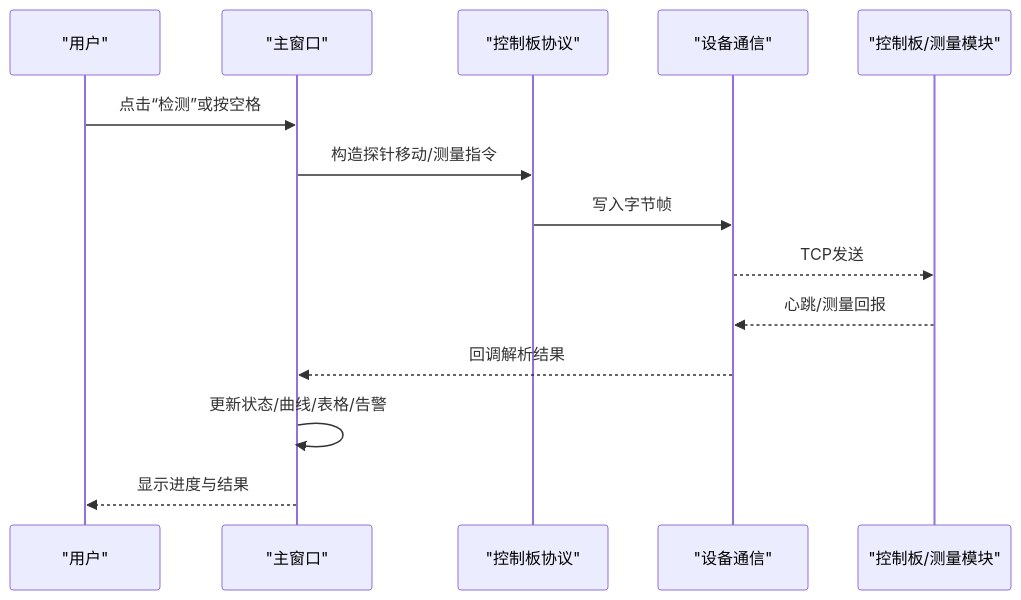
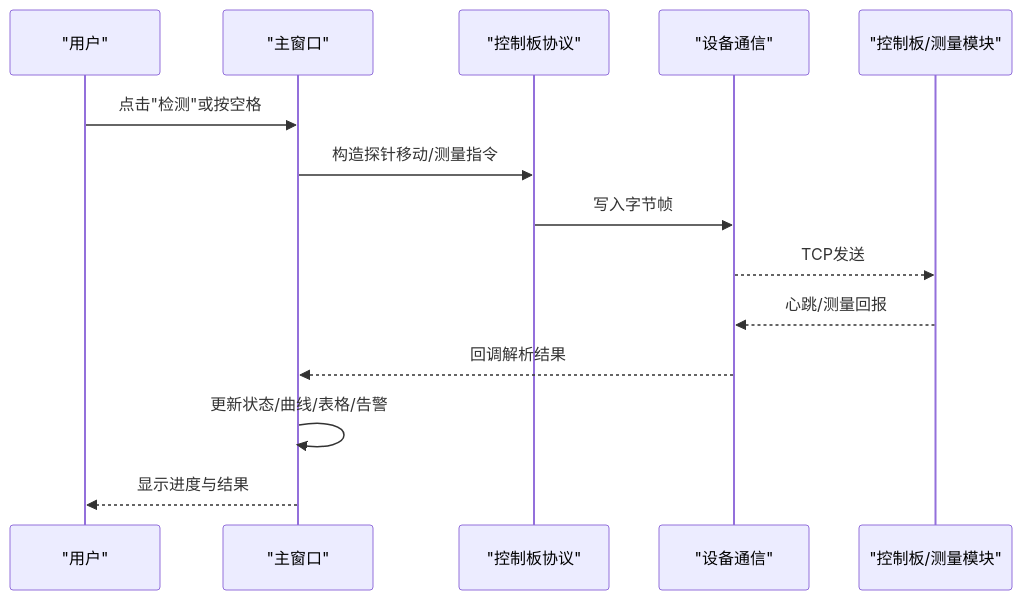
Before and after one commit to yangreest/Zero-value-Insulator-Robot-V2: the second of 4 diagrams in .qoder/repowiki/zh/content/用户手册/检测工作流程/检测工作流程.md, drawn with Mermaid. The commit also changed other lines of this file and 14 other files, not shown here.

````diff
--- a/.qoder/repowiki/zh/content/用户手册/检测工作流程/检测工作流程.md
+++ b/.qoder/repowiki/zh/content/用户手册/检测工作流程/检测工作流程.md
@@ -82,16 +95,16 @@
 ```mermaid
 sequenceDiagram
 participant U as "用户"
 participant UI as "主窗口"
 participant P as "控制板协议"
 participant C as "设备通信"
 participant H as "控制板/测量模块"
-U->>UI : 点击“检测”或按空格
+U->>UI : 点击"检测"或按空格
 UI->>P : 构造探针移动/测量指令
 P->>C : 写入字节帧
 C-->>H : TCP发送
 H-->>C : 心跳/测量回报
 C-->>UI : 回调解析结果
 UI->>UI : 更新状态/曲线/表格/告警
 UI-->>U : 显示进度与结果
 ```
````
